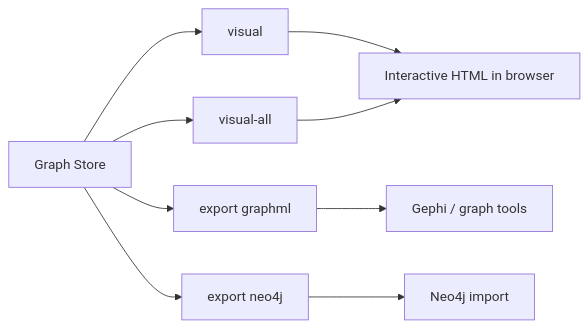
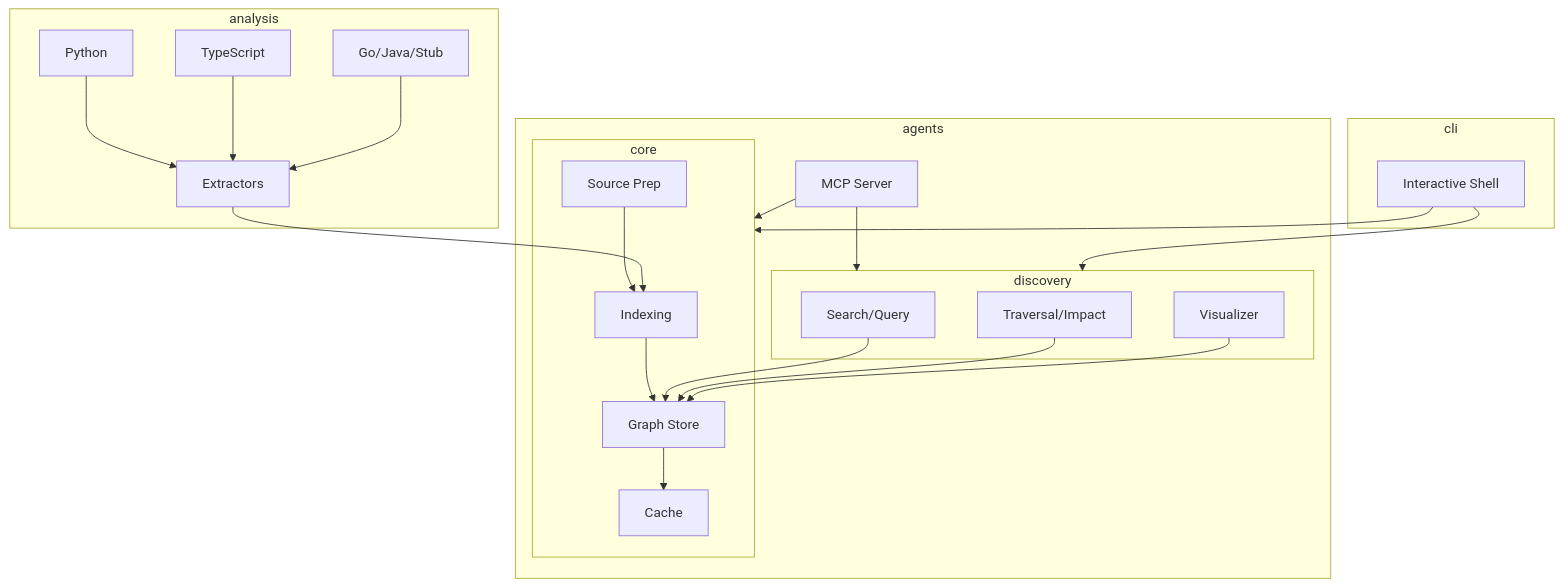
One commit to anismabaziz/saurix changed the diagram in README.md. Above: the diagram before and after it, drawn with Mermaid. The commit also changed other lines of this file and 42 other files, not shown here.

````diff
--- a/README.md
+++ b/README.md
@@ -288,11 +22,27 @@
 ```mermaid
-flowchart LR
-    A[Graph Store] --> B[visual <symbol>]
-    A --> B2[visual-all]
-    A --> C[export graphml]
-    A --> D[export neo4j]
-    B --> E[Interactive HTML in browser]
-    B2 --> E
-    C --> F[Gephi / graph tools]
-    D --> G[Neo4j import]
+flowchart TD
+    subgraph core
+        A[Indexing] --> B[Graph Store]
+        B --> C[Cache]
+        D[Source Prep] --> A
+    end
+    subgraph analysis
+        E[Extractors] --> A
+        F[Python] --> E
+        G[TypeScript] --> E
+        H[Go/Java/Stub] --> E
+    end
+    subgraph discovery
+        I[Search/Query] --> B
+        J[Traversal/Impact] --> B
+        K[Visualizer] --> B
+    end
+    subgraph agents
+        L[MCP Server] --> discovery
+        L --> core
+    end
+    subgraph cli
+        M[Interactive Shell] --> discovery
+        M --> core
+    end
 ```
````
